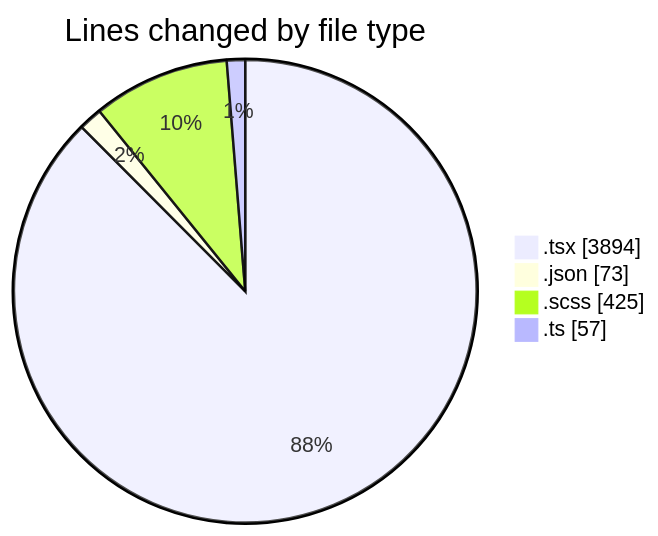
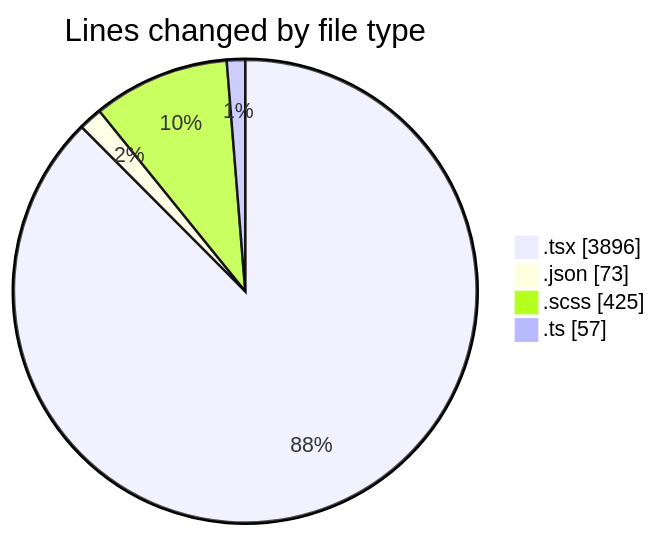
Before and after one commit to momahboobian/code-tracking: the first of 2 diagrams in 2025-10-02/cda/README.md, drawn with Mermaid. The commit also changed other lines of this file and 1 other file, not shown here.

````diff
--- a/2025-10-02/cda/README.md
+++ b/2025-10-02/cda/README.md
@@ -29,8 +29,8 @@
 ```mermaid
 pie showData
 title Lines changed by file type
-".tsx" : 3894
+".tsx" : 3896
 ".json" : 73
 ".scss" : 425
 ".ts" : 57
 ```
````
